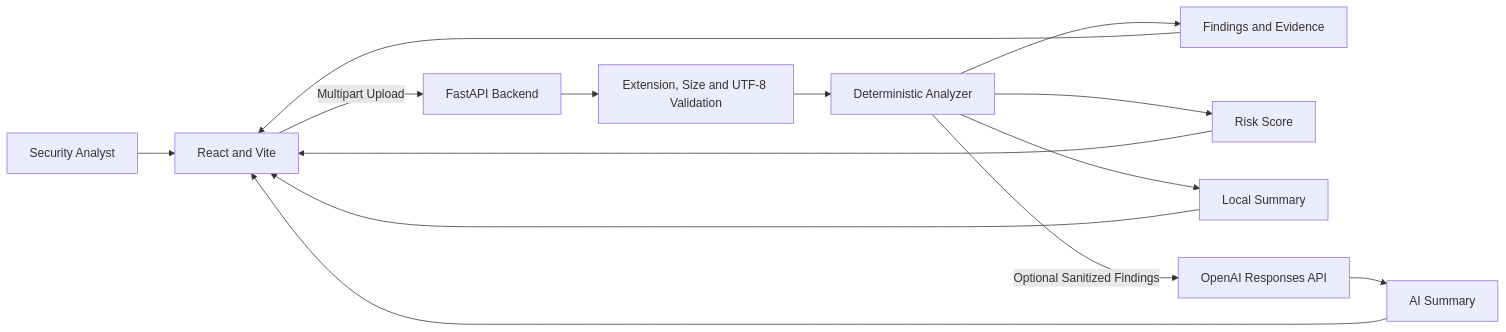
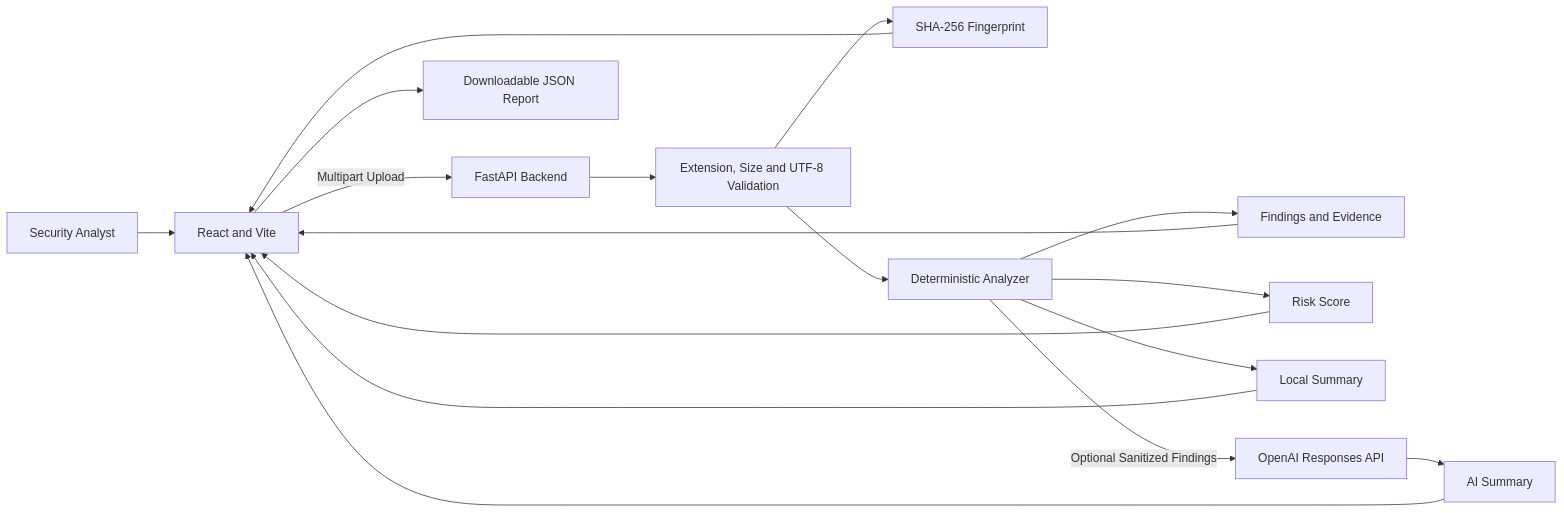
The diagram in README.md (jaysonnii/SecureLens), drawn with Mermaid before and after one commit. The commit also changed other lines of this file, not shown here.

````diff
--- a/README.md
+++ b/README.md
@@ -77,16 +87,19 @@
 ```mermaid
 flowchart LR
     User[Security Analyst] --> Frontend[React and Vite]
     Frontend -->|Multipart Upload| API[FastAPI Backend]
     API --> Validation[Extension, Size and UTF-8 Validation]
+    Validation --> Fingerprint[SHA-256 Fingerprint]
     Validation --> Analyzer[Deterministic Analyzer]
     Analyzer --> Findings[Findings and Evidence]
     Analyzer --> Risk[Risk Score]
     Analyzer --> LocalSummary[Local Summary]
     Analyzer -->|Optional Sanitized Findings| OpenAI[OpenAI Responses API]
     OpenAI --> AISummary[AI Summary]
     Findings --> Frontend
     Risk --> Frontend
+    Fingerprint --> Frontend
     LocalSummary --> Frontend
     AISummary --> Frontend
+    Frontend --> Report[Downloadable JSON Report]
 ```
````
